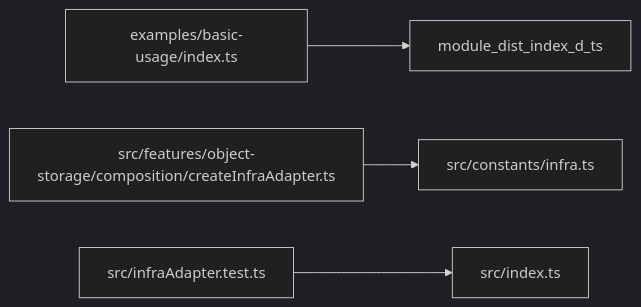
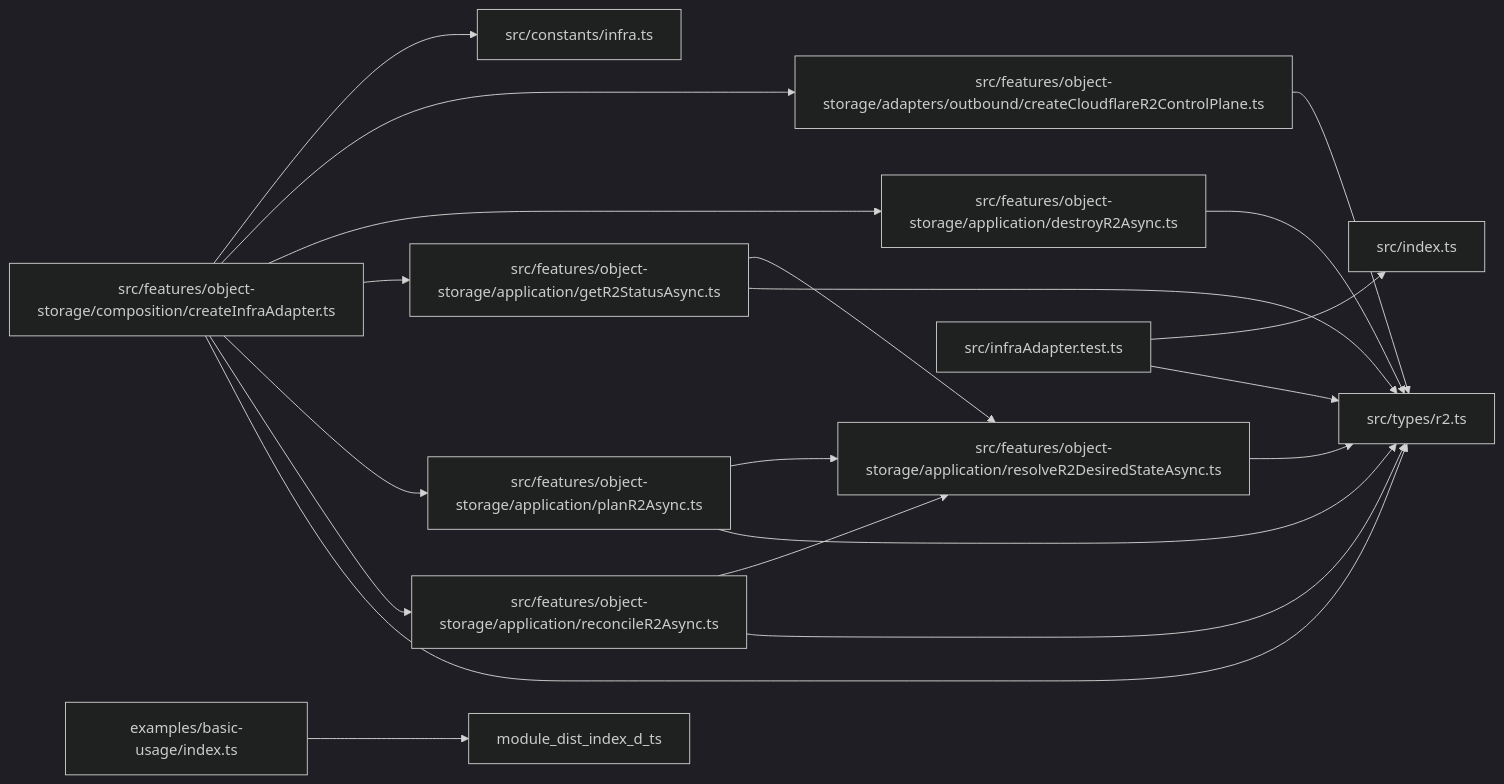
One commit to ankhorage/r2 changed the diagram in paradox/diagrams/module-relationships.mmd. Above: the diagram before and after it, drawn with Mermaid (dark theme). The commit also changed 22 other files, not shown here.

```diff
--- a/paradox/diagrams/module-relationships.mmd
+++ b/paradox/diagrams/module-relationships.mmd
@@ -1,9 +1,32 @@
 graph LR
   module_examples_basic_usage_index_ts["examples/basic-usage/index.ts"]
   module_src_constants_infra_ts["src/constants/infra.ts"]
+  module_src_features_object_storage_adapters_outbound_createCloudflareR2ControlPlane_ts["src/features/object-storage/adapters/outbound/createCloudflareR2ControlPlane.ts"]
+  module_src_features_object_storage_application_destroyR2Async_ts["src/features/object-storage/application/destroyR2Async.ts"]
+  module_src_features_object_storage_application_getR2StatusAsync_ts["src/features/object-storage/application/getR2StatusAsync.ts"]
+  module_src_features_object_storage_application_planR2Async_ts["src/features/object-storage/application/planR2Async.ts"]
+  module_src_features_object_storage_application_reconcileR2Async_ts["src/features/object-storage/application/reconcileR2Async.ts"]
+  module_src_features_object_storage_application_resolveR2DesiredStateAsync_ts["src/features/object-storage/application/resolveR2DesiredStateAsync.ts"]
   module_src_features_object_storage_composition_createInfraAdapter_ts["src/features/object-storage/composition/createInfraAdapter.ts"]
   module_src_index_ts["src/index.ts"]
   module_src_infraAdapter_test_ts["src/infraAdapter.test.ts"]
+  module_src_types_r2_ts["src/types/r2.ts"]
   module_examples_basic_usage_index_ts --> module_dist_index_d_ts
+  module_src_features_object_storage_adapters_outbound_createCloudflareR2ControlPlane_ts --> module_src_types_r2_ts
+  module_src_features_object_storage_application_destroyR2Async_ts --> module_src_types_r2_ts
+  module_src_features_object_storage_application_getR2StatusAsync_ts --> module_src_features_object_storage_application_resolveR2DesiredStateAsync_ts
+  module_src_features_object_storage_application_getR2StatusAsync_ts --> module_src_types_r2_ts
+  module_src_features_object_storage_application_planR2Async_ts --> module_src_features_object_storage_application_resolveR2DesiredStateAsync_ts
+  module_src_features_object_storage_application_planR2Async_ts --> module_src_types_r2_ts
+  module_src_features_object_storage_application_reconcileR2Async_ts --> module_src_features_object_storage_application_resolveR2DesiredStateAsync_ts
+  module_src_features_object_storage_application_reconcileR2Async_ts --> module_src_types_r2_ts
+  module_src_features_object_storage_application_resolveR2DesiredStateAsync_ts --> module_src_types_r2_ts
   module_src_features_object_storage_composition_createInfraAdapter_ts --> module_src_constants_infra_ts
+  module_src_features_object_storage_composition_createInfraAdapter_ts --> module_src_features_object_storage_adapters_outbound_createCloudflareR2ControlPlane_ts
+  module_src_features_object_storage_composition_createInfraAdapter_ts --> module_src_features_object_storage_application_destroyR2Async_ts
+  module_src_features_object_storage_composition_createInfraAdapter_ts --> module_src_features_object_storage_application_getR2StatusAsync_ts
+  module_src_features_object_storage_composition_createInfraAdapter_ts --> module_src_features_object_storage_application_planR2Async_ts
+  module_src_features_object_storage_composition_createInfraAdapter_ts --> module_src_features_object_storage_application_reconcileR2Async_ts
+  module_src_features_object_storage_composition_createInfraAdapter_ts --> module_src_types_r2_ts
   module_src_infraAdapter_test_ts --> module_src_index_ts
+  module_src_infraAdapter_test_ts --> module_src_types_r2_ts
```
